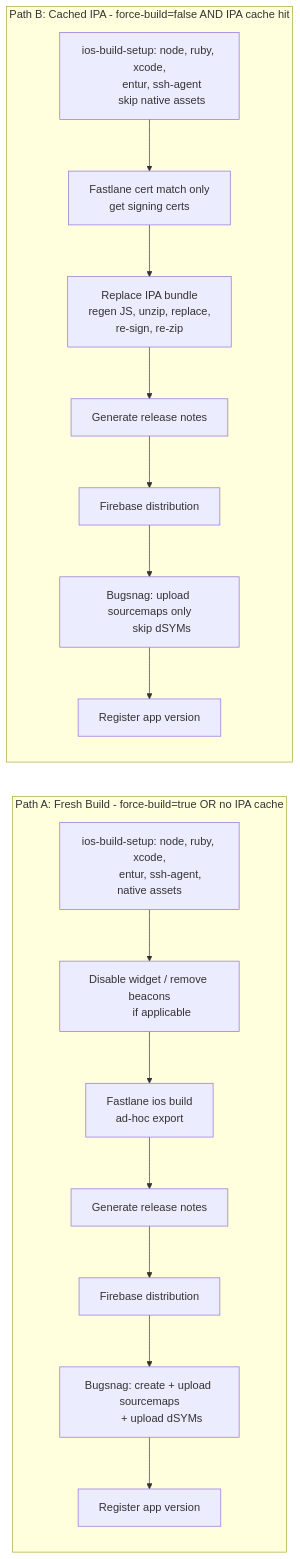
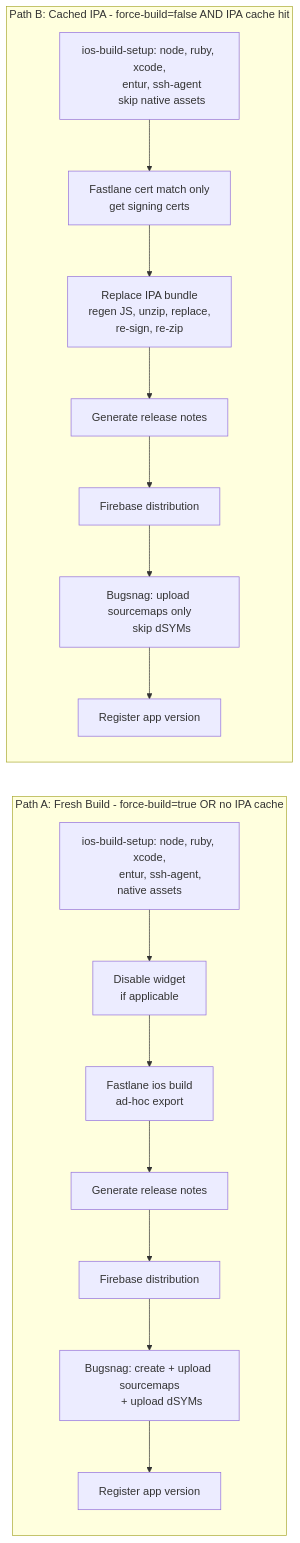
The sixth of 7 diagrams in docs/ios-build-staging-graph.md (AtB-AS/mittatb-app), drawn with Mermaid before and after one commit. The commit also changed other lines of this file and 1 other file, not shown here.

Commit message:
update docs after removing beacons

````diff
--- a/docs/ios-build-staging-graph.md
+++ b/docs/ios-build-staging-graph.md
@@ -310,32 +303,32 @@
 ```mermaid
 flowchart LR
     subgraph fresh ["Path A: Fresh Build - force-build=true OR no IPA cache"]
         direction TB
         f1["ios-build-setup: node, ruby, xcode,
-        entur, ssh-agent, native assets"] --> f2["Disable widget / remove beacons
+        entur, ssh-agent, native assets"] --> f2["Disable widget
         if applicable"]
         f2 --> f3["Fastlane ios build
         ad-hoc export"]
         f3 --> f4["Generate release notes"]
         f4 --> f5["Firebase distribution"]
         f5 --> f6["Bugsnag: create + upload sourcemaps
         + upload dSYMs"]
         f6 --> f7["Register app version"]
     end
 
     subgraph cached ["Path B: Cached IPA - force-build=false AND IPA cache hit"]
         direction TB
         c1["ios-build-setup: node, ruby, xcode,
         entur, ssh-agent
         skip native assets"] --> c2["Fastlane cert match only
         get signing certs"]
         c2 --> c3["Replace IPA bundle
         regen JS, unzip, replace,
         re-sign, re-zip"]
         c3 --> c4["Generate release notes"]
         c4 --> c5["Firebase distribution"]
         c5 --> c6["Bugsnag: upload sourcemaps only
         skip dSYMs"]
         c6 --> c7["Register app version"]
     end
 ```
````
